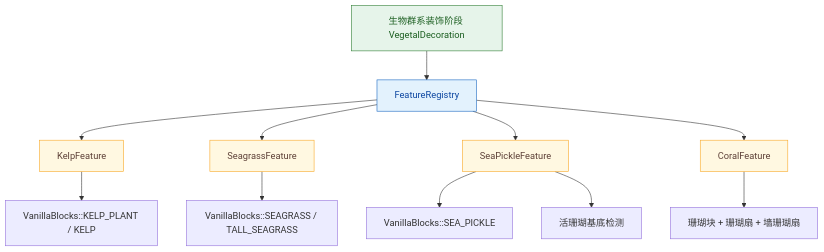
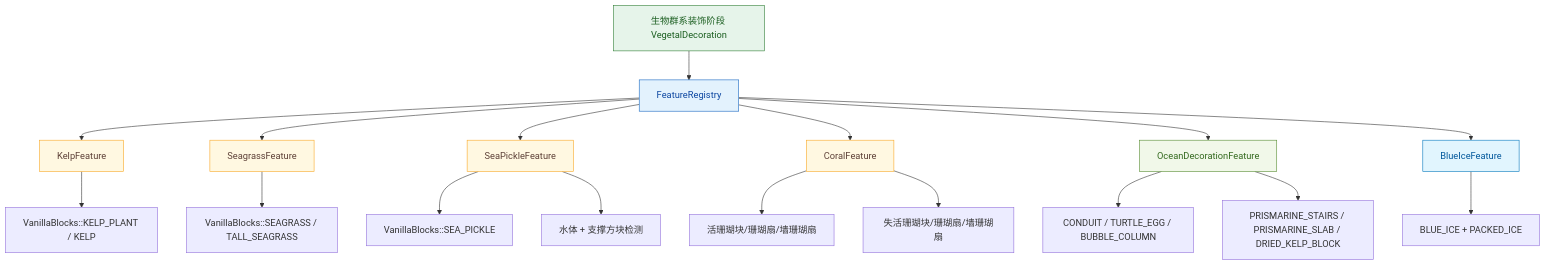
Before and after one commit to g122622/Cubium: the diagram in src/common/world/gen/feature/ocean/README.md, drawn with Mermaid. The commit also changed other lines of this file and 31 other files, not shown here.

````diff
--- a/src/common/world/gen/feature/ocean/README.md
+++ b/src/common/world/gen/feature/ocean/README.md
@@ -102,21 +122,29 @@
 ```mermaid
 flowchart TD
     A[生物群系装饰阶段 VegetalDecoration] --> B[FeatureRegistry]
     B --> C[KelpFeature]
     B --> D[SeagrassFeature]
     B --> E[SeaPickleFeature]
     B --> F[CoralFeature]
+    B --> G[OceanDecorationFeature]
+    B --> H[BlueIceFeature]
 
-    C --> G[VanillaBlocks::KELP_PLANT / KELP]
-    D --> H[VanillaBlocks::SEAGRASS / TALL_SEAGRASS]
-    E --> I[VanillaBlocks::SEA_PICKLE]
-    E --> J[活珊瑚基底检测]
-    F --> K[珊瑚块 + 珊瑚扇 + 墙珊瑚扇]
+    C --> C1[VanillaBlocks::KELP_PLANT / KELP]
+    D --> D1[VanillaBlocks::SEAGRASS / TALL_SEAGRASS]
+    E --> E1[VanillaBlocks::SEA_PICKLE]
+    E --> E2[水体 + 支撑方块检测]
+    F --> F1[活珊瑚块/珊瑚扇/墙珊瑚扇]
+    F --> F2[失活珊瑚块/珊瑚扇/墙珊瑚扇]
+    G --> G1[CONDUIT / TURTLE_EGG / BUBBLE_COLUMN]
+    G --> G2[PRISMARINE_STAIRS / PRISMARINE_SLAB / DRIED_KELP_BLOCK]
+    H --> H1[BLUE_ICE + PACKED_ICE]
 
     style A fill:#e6f4ea,stroke:#2e7d32,color:#1b5e20
     style B fill:#e3f2fd,stroke:#1565c0,color:#0d47a1
     style C fill:#fff8e1,stroke:#f9a825,color:#5d4037
     style D fill:#fff8e1,stroke:#f9a825,color:#5d4037
     style E fill:#fff8e1,stroke:#f9a825,color:#5d4037
     style F fill:#fff8e1,stroke:#f9a825,color:#5d4037
+    style G fill:#f1f8e9,stroke:#558b2f,color:#33691e
+    style H fill:#e1f5fe,stroke:#0277bd,color:#01579b
 ```
````
